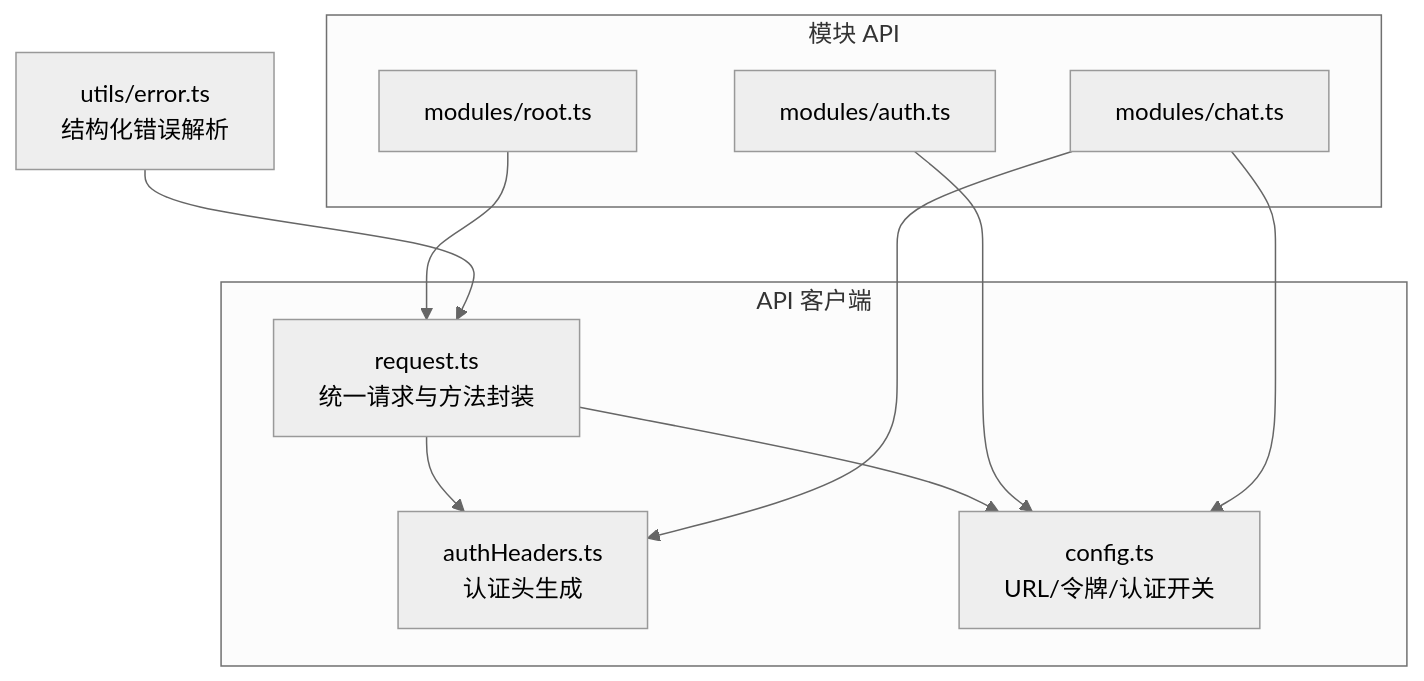
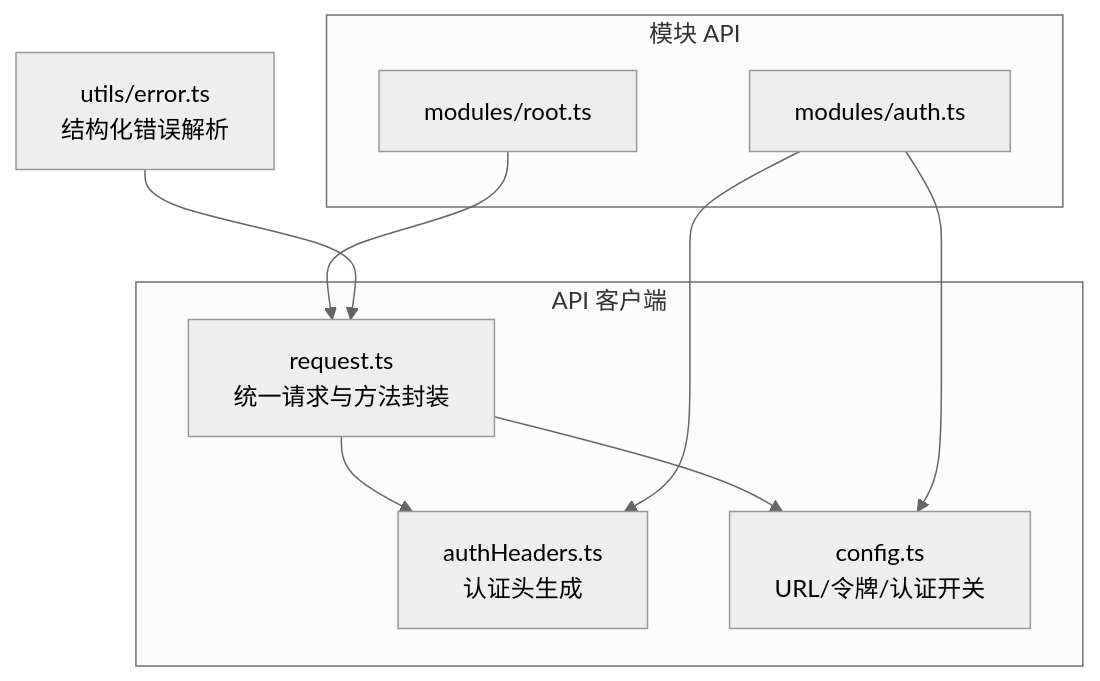
One commit to joezxh/CoPaw changed the first of 6 diagrams in .qoder/repowiki/zh/content/前端控制台/API 集成/API 客户端核心.md. Above: the diagram before and after it, drawn with Mermaid (neutral theme). The commit also changed other lines of this file and 117 other files, not shown here.

````diff
--- a/.qoder/repowiki/zh/content/前端控制台/API 集成/API 客户端核心.md
+++ b/.qoder/repowiki/zh/content/前端控制台/API 集成/API 客户端核心.md
@@ -40,21 +47,19 @@
 ```mermaid
 graph TB
 subgraph "API 客户端"
 REQ["request.ts<br/>统一请求与方法封装"]
 AH["authHeaders.ts<br/>认证头生成"]
 CFG["config.ts<br/>URL/令牌/认证开关"]
 end
 subgraph "模块 API"
 ROOT["modules/root.ts"]
 AUTH["modules/auth.ts"]
-CHAT["modules/chat.ts"]
 end
 UTIL["utils/error.ts<br/>结构化错误解析"]
 REQ --> AH
 REQ --> CFG
 ROOT --> REQ
 AUTH --> CFG
-CHAT --> CFG
-CHAT --> AH
+AUTH --> AH
 UTIL --> REQ
 ```
````
